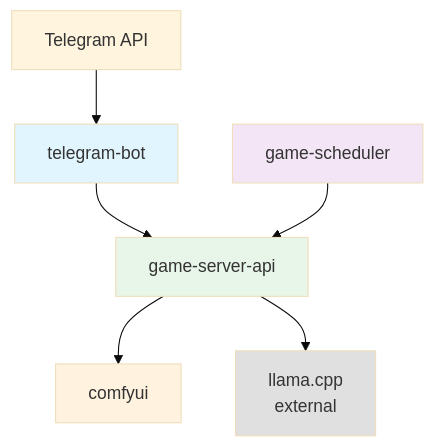
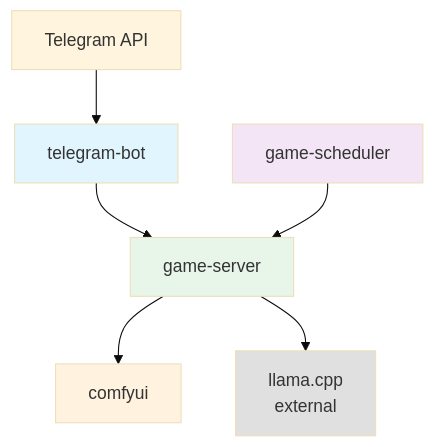
The diagram in README.md (Slach/ai-games), drawn with Mermaid (base theme) before and after one commit. The commit also changed other lines of this file and 39 other files, not shown here.

First line of the commit message:
refactor: rename game-server-api → game-server, game_master → game_server

````diff
--- a/README.md
+++ b/README.md
@@ -8,14 +8,14 @@
 ```mermaid
 graph TD
     A[Telegram API] --> B[telegram-bot]
-    B --> C[game-server-api]
+    B --> C[game-server]
     D[game-scheduler] --> C
     C --> E[comfyui]
     C --> G[llama.cpp<br/>external]
 
     style B fill:#E1F5FE
     style C fill:#E8F5E9
     style E fill:#FFF3E0
     style G fill:#E0E0E0
     style D fill:#F3E5F5
 ```
````
